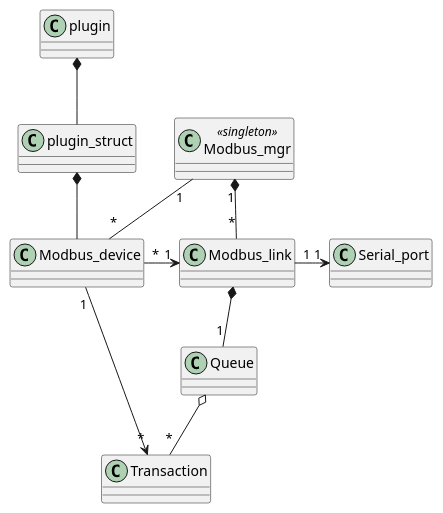
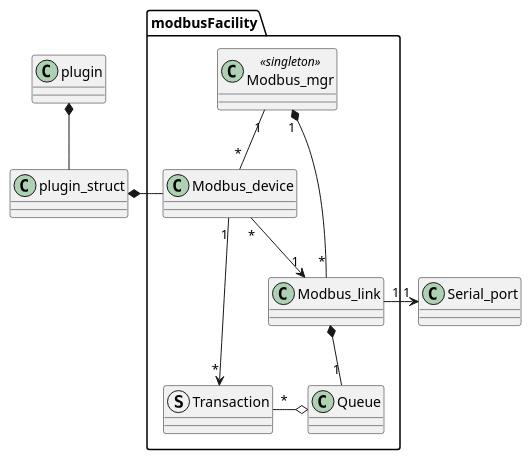
The diagram in misc/modbusFacility/Modbus_class.puml (letscontrolit/ESPEasy), drawn with PlantUML before and after one commit. The commit also changed 11 other files, not shown here.

```diff
--- a/misc/modbusFacility/Modbus_class.puml
+++ b/misc/modbusFacility/Modbus_class.puml
@@ -1,42 +1,40 @@
 @startuml
 
 class plugin {
 
 }
 
 class plugin_struct {
 
 }
 
+package "modbusFacility" {
   class Modbus_mgr <<singleton>> {
-    
   }
 
   class Modbus_link {
   }
 
   class Modbus_device {
-   
   }
 
-class Serial_port {
+  class Queue {
   }
 
-class Queue {
-
+  struct Transaction {
+  }
 }
 
-class Transaction {
-
+class Serial_port {
 }
 
 plugin *-- plugin_struct
-plugin_struct *-- Modbus_device
-Modbus_device "*" -right-> "1" Modbus_link
+plugin_struct *-right- Modbus_device
+Modbus_device "*" -down-> "1" Modbus_link
 Modbus_link "1" -right-> "1" Serial_port
 Modbus_mgr "1" *-- "*" Modbus_link
 Modbus_mgr "1" -- "*" Modbus_device
 Modbus_link *-- "1" Queue
-Queue o-- "*" Transaction
+Queue o-left- "*" Transaction
 Modbus_device "1" --> "*" Transaction
 @enduml
```
